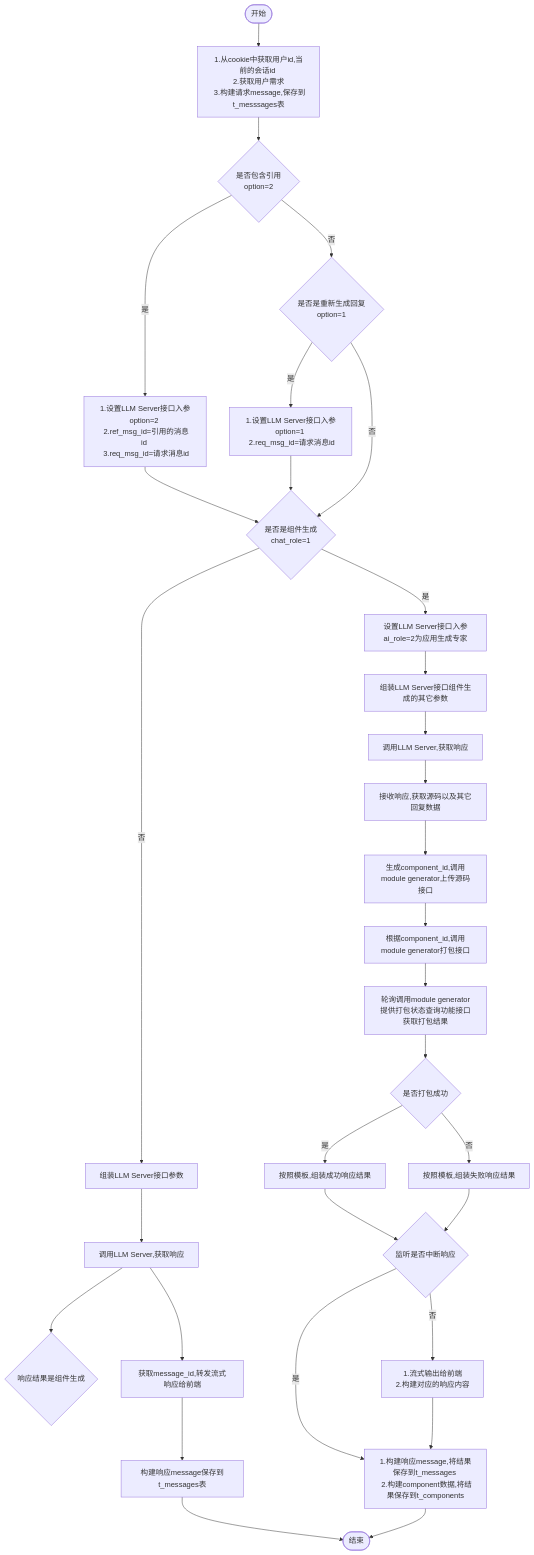
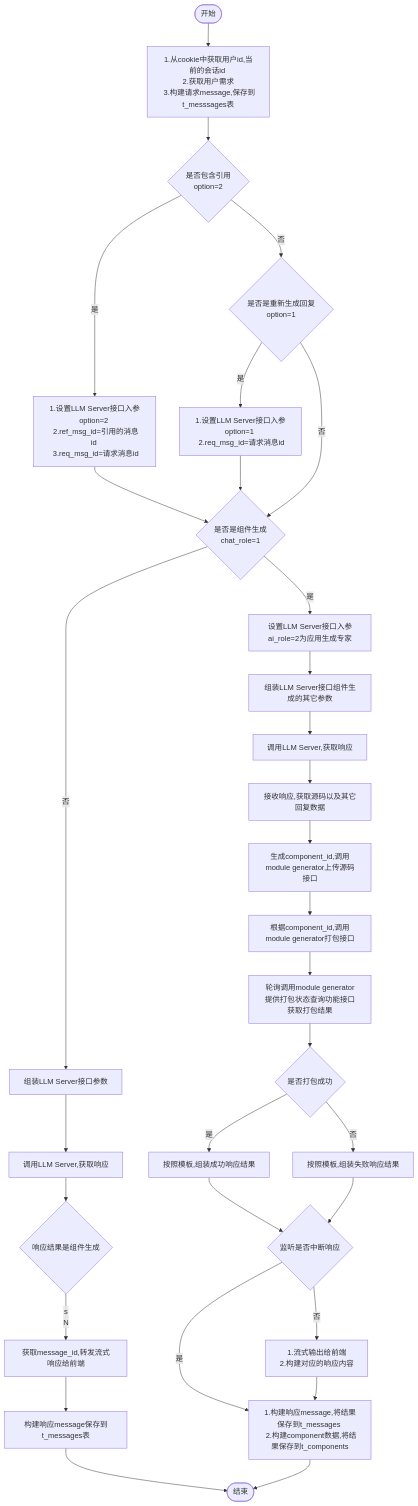
Before and after one commit to yingjianzh/iodraw-files: the diagram in all/未命名-8.md, drawn with Mermaid.

Commit message:
2024-10-16 09:18:41 update

````diff
--- a/all/未命名-8.md
+++ b/all/未命名-8.md
@@ -1,38 +1,38 @@
 ```mermaid
 flowchart TD
     A([开始]) --> B[1.从cookie中获取用户id,当前的会话id \n 2.获取用户需求 \n 3.构建请求message,保存到t_messsages表]
     B--> D{是否包含引用 \n option=2}
     D -- 是 --> E[1.设置LLM Server接口入参option=2 \n 2.ref_msg_id=引用的消息id \n 3.req_msg_id=请求消息id]
     D -- 否 --> F{是否是重新生成回复\n option=1}
     F -- 是 --> G[1.设置LLM Server接口入参option=1 \n 2.req_msg_id=请求消息id]
     F -- 否 --> I
      
     E & G --> I{是否是组件生成 \n chat_role=1}
     I -- 否 --> M[组装LLM Server接口参数] 
     I -- 是 --> J[设置LLM Server接口入参ai_role=2为应用生成专家]
     
 
     J --> L[组装LLM Server接口组件生成的其它参数]    
     M --> N[调用LLM Server,获取响应]
     N --> H{响应结果是组件生成}   
-     
+    H -- s 
     N --> O[获取message_id,转发流式响应给前端]
     O --> P[构建响应message保存到t_messages表]
     P --> R([结束])
 
 
     L --> S[调用LLM Server,获取响应]
     S --> T[接收响应,获取源码以及其它回复数据]
     T --> U[生成component_id,调用module generator上传源码接口]
     U --> V[根据component_id,调用module generator打包接口]
     V --> W[轮询调用module generator提供打包状态查询功能接口获取打包结果]
     W --> X{是否打包成功}
     X -- 是 --> Y[按照模板,组装成功响应结果]
     X -- 否 --> Z[按照模板,组装失败响应结果]
     Y & Z --> Done{监听是否中断响应}
     Done -- 是 --> Result
     Done -- 否 --> OutPut[1.流式输出给前端 \n 2.构建对应的响应内容]
 
     OutPut --> Result[1.构建响应message,将结果保存到t_messages \n 2.构建component数据,将结果保存到t_components]
     Result --> R
 ```
````
